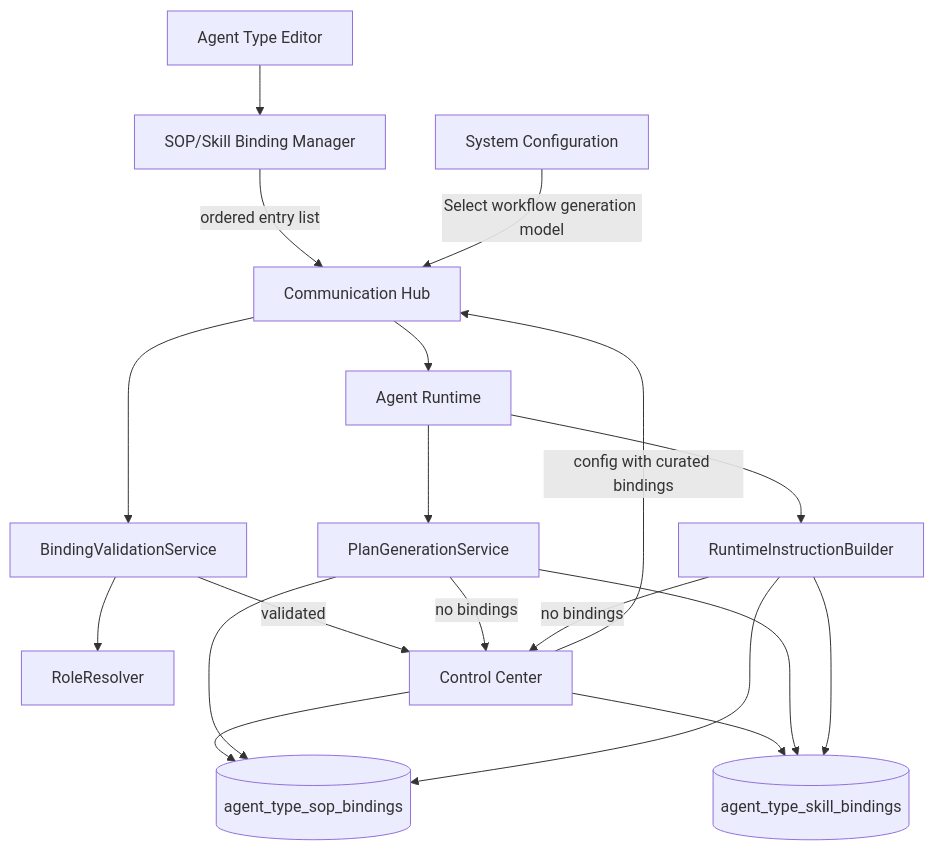
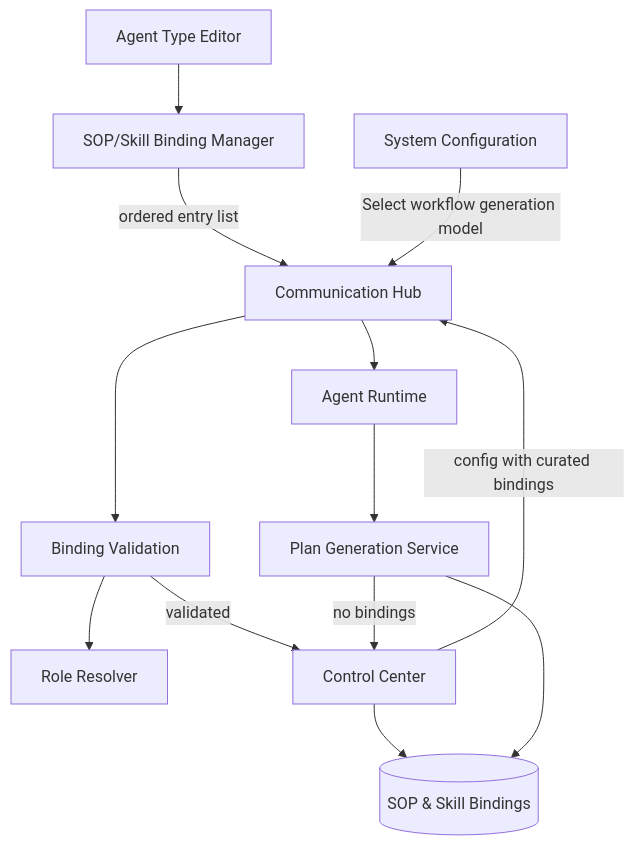
Before and after one commit to hurungang/parthenon: the first of 2 diagrams in docs/master/architecture/modules/agent-types.md, drawn with Mermaid. The commit also changed 58 other files, not shown here.

````diff
--- a/docs/master/architecture/modules/agent-types.md
+++ b/docs/master/architecture/modules/agent-types.md
@@ -3,34 +3,26 @@
 ```mermaid
 flowchart TB
     ATE[Agent Type Editor]
     BME[SOP/Skill Binding Manager]
     CFG[System Configuration]
     AR[Agent Runtime]
-    PGS[PlanGenerationService]
-    RIB[RuntimeInstructionBuilder]
-    BVS[BindingValidationService]
-    RR[RoleResolver]
-    ASB[(agent_type_sop_bindings)]
-    AKB[(agent_type_skill_bindings)]
+    PGS[Plan Generation Service]
+    BVS[Binding Validation]
+    RR[Role Resolver]
+    DB_Bindings[(SOP & Skill Bindings)]
     CH[Communication Hub]
     CC[Control Center]
 
     ATE --> BME
     BME -->|ordered entry list| CH
     CFG -->|Select workflow generation model| CH
     CH --> BVS
     BVS --> RR
     BVS -->|validated| CC
-    CC --> ASB
-    CC --> AKB
+    CC --> DB_Bindings
     CC -->|config with curated bindings| CH
     CH --> AR
     AR --> PGS
-    AR --> RIB
-    PGS --> ASB
-    PGS --> AKB
-    RIB --> ASB
-    RIB --> AKB
+    PGS --> DB_Bindings
     PGS -->|no bindings| CC
-    RIB -->|no bindings| CC
 ```
````
